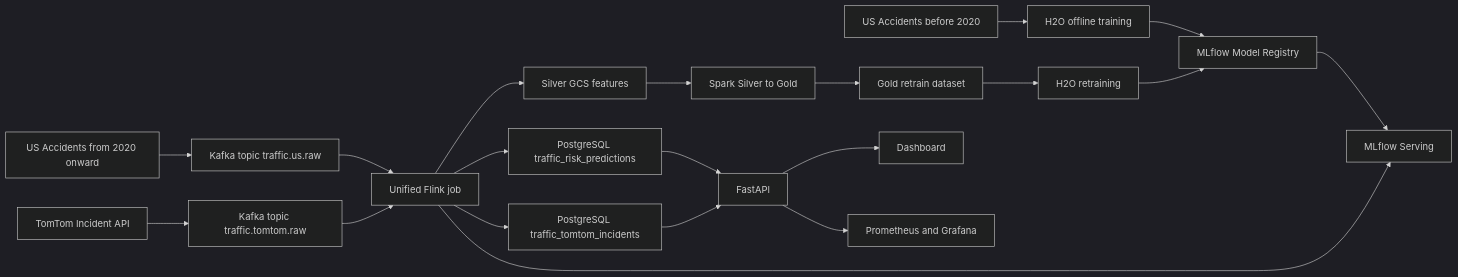
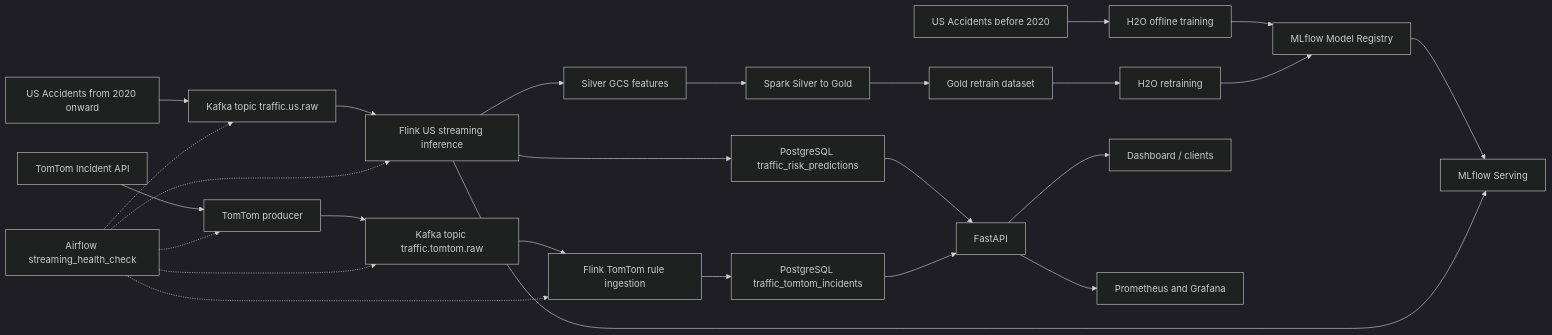
One commit to HungPhamNoob/traffic-risk-assessment changed the diagram in docs/pipeline.md. Above: the diagram before and after it, drawn with Mermaid (dark theme). The commit also changed other lines of this file and 2 other files, not shown here.

Commit message:
Refactor TomTom incident processing pipeline

````diff
--- a/docs/pipeline.md
+++ b/docs/pipeline.md
@@ -7,25 +7,32 @@
 ```mermaid
 flowchart LR
     A[US Accidents before 2020] --> B[H2O offline training]
     B --> C[MLflow Model Registry]
     C --> D[MLflow Serving]
 
     E[US Accidents from 2020 onward] --> F[Kafka topic traffic.us.raw]
-    F --> G[Unified Flink job]
+    F --> G[Flink US streaming inference]
     G --> H[Silver GCS features]
     G --> I[PostgreSQL traffic_risk_predictions]
     G --> D
     H --> J[Spark Silver to Gold]
     J --> K[Gold retrain dataset]
     K --> L[H2O retraining]
     L --> C
 
-    M[TomTom Incident API] --> N[Kafka topic traffic.tomtom.raw]
-    N --> G
-    G --> O[PostgreSQL traffic_tomtom_incidents]
+    M[TomTom Incident API] --> N[TomTom producer]
+    N --> O[Kafka topic traffic.tomtom.raw]
+    O --> P[Flink TomTom rule ingestion]
+    P --> Q[PostgreSQL traffic_tomtom_incidents]
 
-    I --> P[FastAPI]
-    O --> P
-    P --> Q[Dashboard]
-    P --> R[Prometheus and Grafana]
+    I --> R[FastAPI]
+    Q --> R
+    R --> S[Dashboard / clients]
+    R --> T[Prometheus and Grafana]
+
+    U[Airflow streaming_health_check] -.-> F
+    U -.-> O
+    U -.-> G
+    U -.-> P
+    U -.-> N
 ```
````
